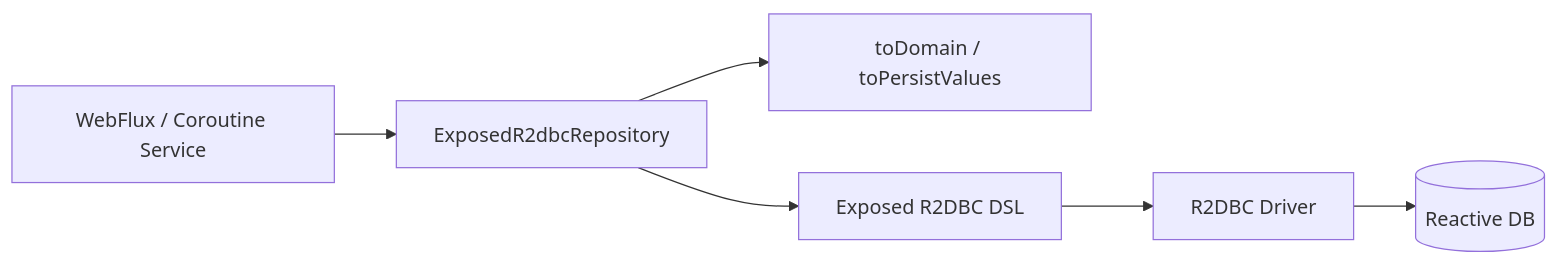
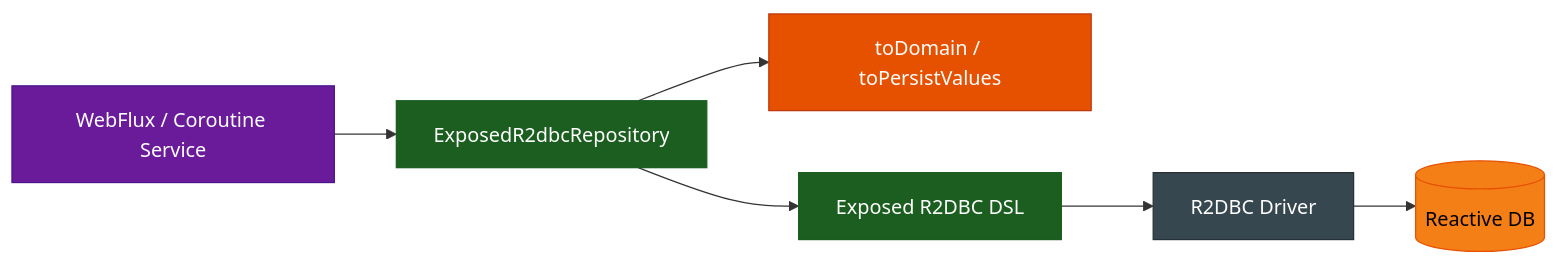
One commit to bluetape4k/bluetape4k-projects changed the second of 2 diagrams in spring-boot3/exposed-r2dbc/README.ko.md. Above: the diagram before and after it, drawn with Mermaid. The commit also changed other lines of this file and 221 other files, not shown here.

First line of the commit message:
docs: 전체 모듈 README UML 다이어그램 보강 및 색상 업그레이드

````diff
--- a/spring-boot3/exposed-r2dbc/README.ko.md
+++ b/spring-boot3/exposed-r2dbc/README.ko.md
@@ -61,15 +67,28 @@
 ```mermaid
 flowchart LR
     WebFlux["WebFlux / Coroutine Service"]
     Repo["ExposedR2dbcRepository"]
     Mapper["toDomain / toPersistValues"]
     DSL["Exposed R2DBC DSL"]
     Driver["R2DBC Driver"]
     DB[("Reactive DB")]
 
     WebFlux --> Repo
     Repo --> Mapper
     Repo --> DSL
     DSL --> Driver
     Driver --> DB
+
+    classDef asyncStyle fill:#6A1B9A,stroke:#4A148C,color:#FFFFFF
+    classDef coreStyle fill:#1B5E20,stroke:#1B5E20,color:#FFFFFF
+    classDef dataStyle fill:#F57F17,stroke:#E65100,color:#000000
+    classDef extStyle fill:#37474F,stroke:#263238,color:#FFFFFF
+    classDef utilStyle fill:#E65100,stroke:#BF360C,color:#FFFFFF
+
+    class WebFlux asyncStyle
+    class Repo coreStyle
+    class Mapper utilStyle
+    class DSL coreStyle
+    class Driver extStyle
+    class DB dataStyle
 ```
````
